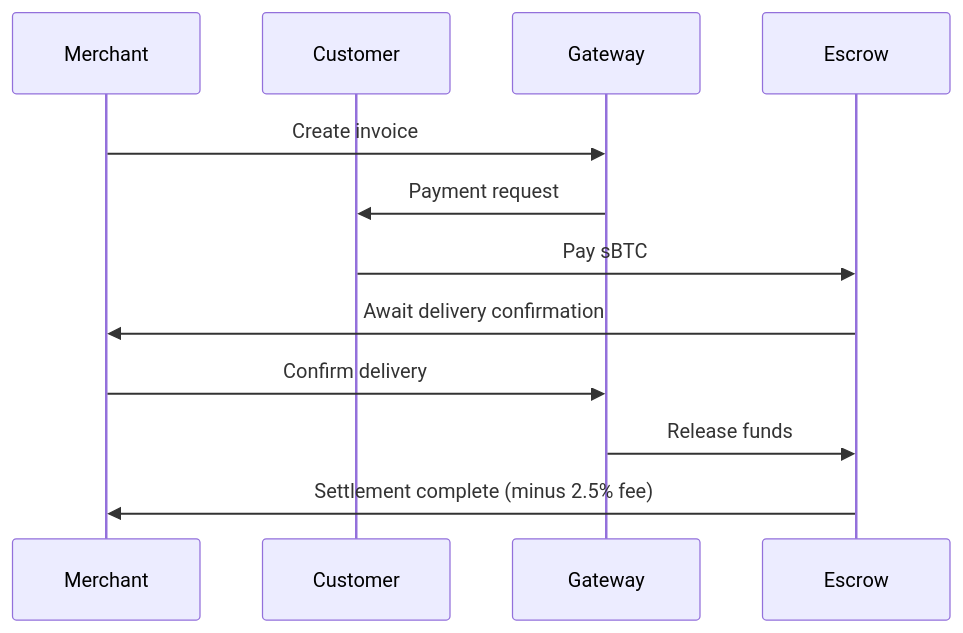
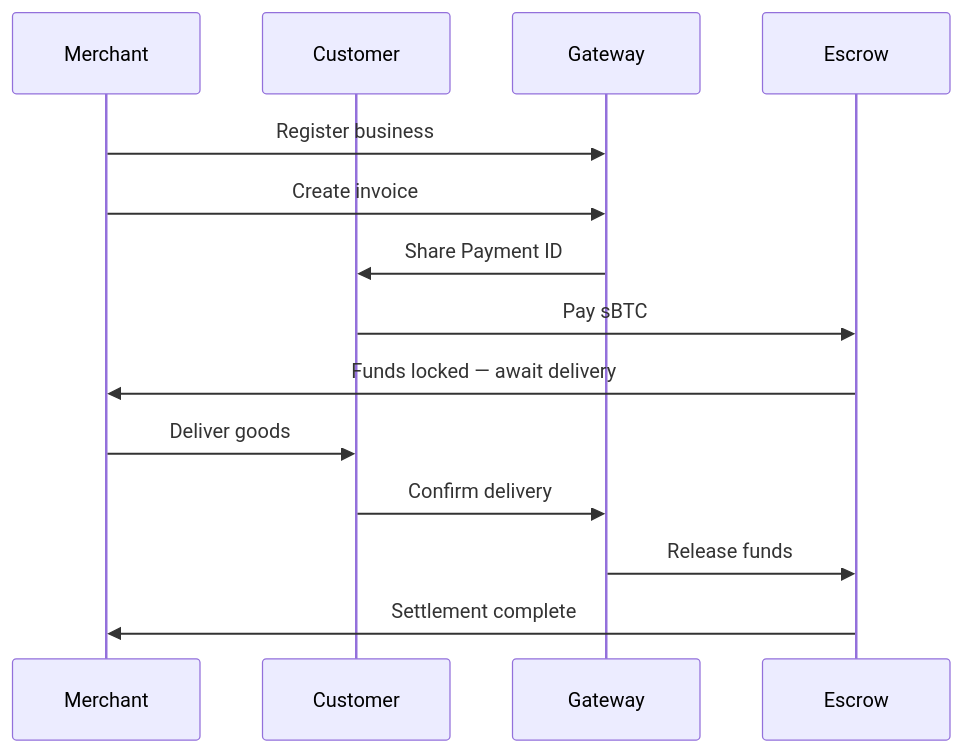
One commit to rogersterkaa/StacksBit changed the second of 4 diagrams in README.md. Above: the diagram before and after it, drawn with Mermaid. The commit also changed other lines of this file, not shown here.

````diff
--- a/README.md
+++ b/README.md
@@ -52,15 +69,17 @@
 ```mermaid
 sequenceDiagram
     participant Merchant
     participant Customer
     participant Gateway
     participant Escrow
 
+    Merchant->>Gateway: Register business
     Merchant->>Gateway: Create invoice
-    Gateway->>Customer: Payment request
+    Gateway->>Customer: Share Payment ID
     Customer->>Escrow: Pay sBTC
-    Escrow->>Merchant: Await delivery confirmation
-    Merchant->>Gateway: Confirm delivery
+    Escrow->>Merchant: Funds locked — await delivery
+    Merchant->>Customer: Deliver goods
+    Customer->>Gateway: Confirm delivery
     Gateway->>Escrow: Release funds
-    Escrow->>Merchant: Settlement complete (minus 2.5% fee)
+    Escrow->>Merchant: Settlement complete
 ```
````
